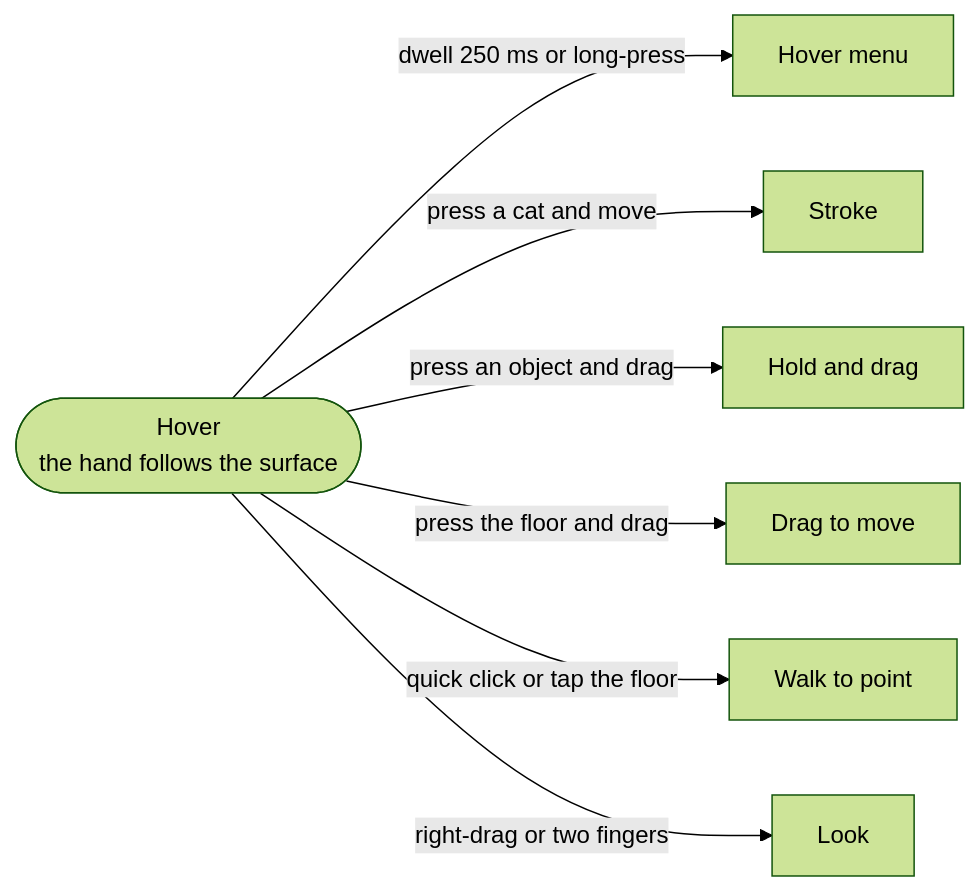
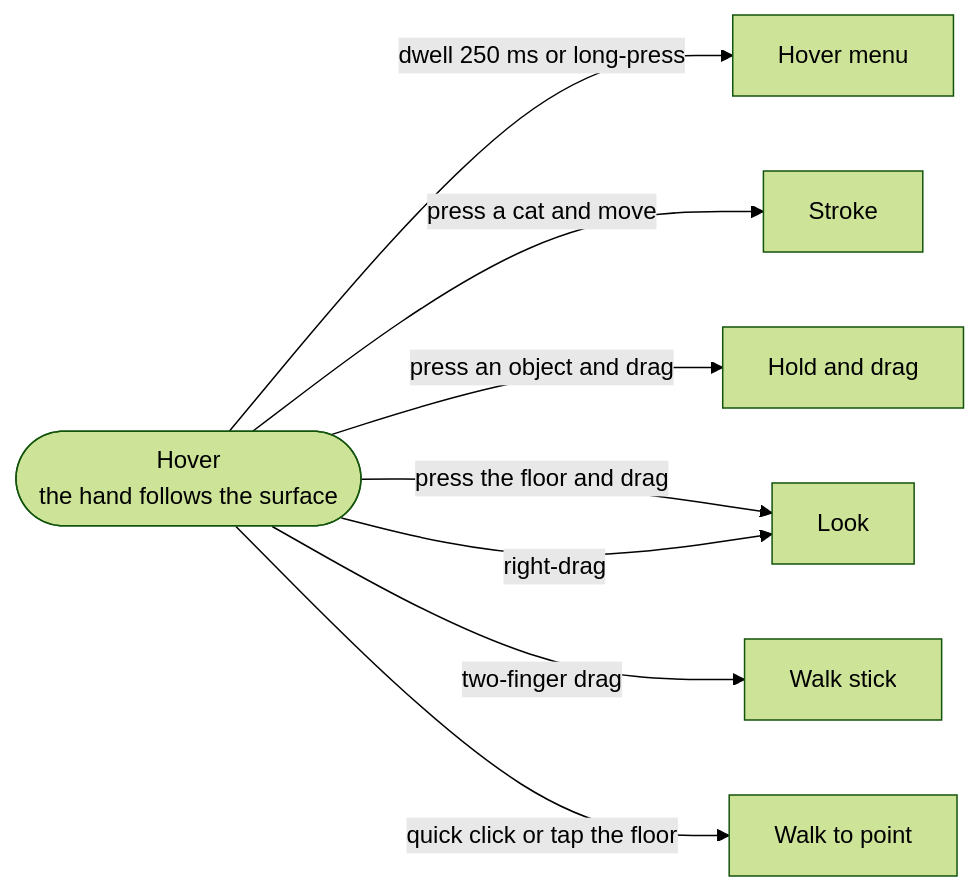
The second of 2 diagrams in README.md (creditunionfruitfly/tuxedocafe), drawn with Mermaid (forest theme) before and after one commit. The commit also changed other lines of this file and 13 other files, not shown here.

First line of the commit message:
feat(input): add two-finger walking and reposition the cat menu (#47)

````diff
--- a/README.md
+++ b/README.md
@@ -181,10 +181,11 @@
 ```mermaid
 flowchart LR
   H(["Hover<br/>the hand follows the surface"])
   H -->|"dwell 250 ms or long-press"| M["Hover menu"]
   H -->|"press a cat and move"| S["Stroke"]
   H -->|"press an object and drag"| D["Hold and drag"]
-  H -->|"press the floor and drag"| V["Drag to move"]
+  H -->|"press the floor and drag"| L["Look"]
+  H -->|"two-finger drag"| V["Walk stick"]
   H -->|"quick click or tap the floor"| W["Walk to point"]
-  H -->|"right-drag or two fingers"| L["Look"]
+  H -->|"right-drag"| L
 ```
````
